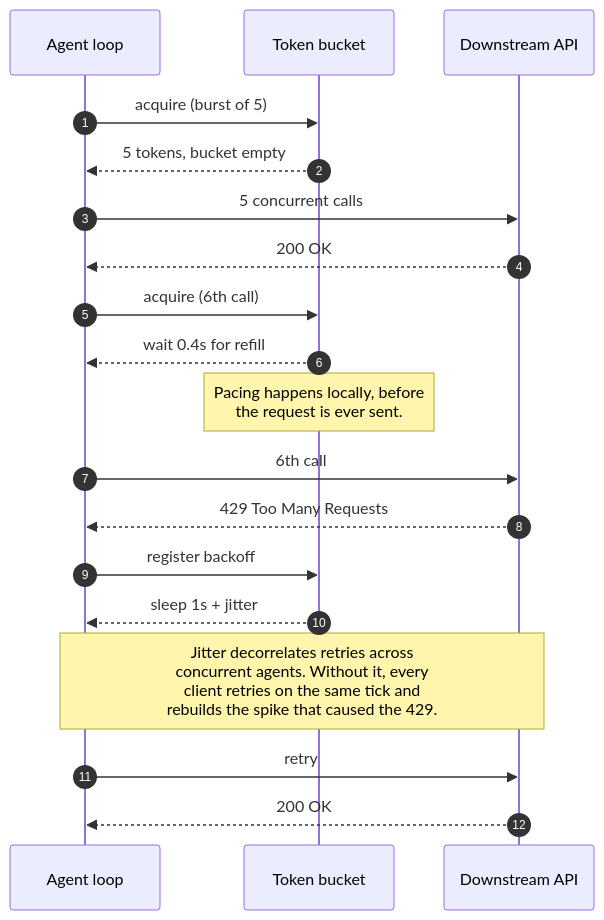
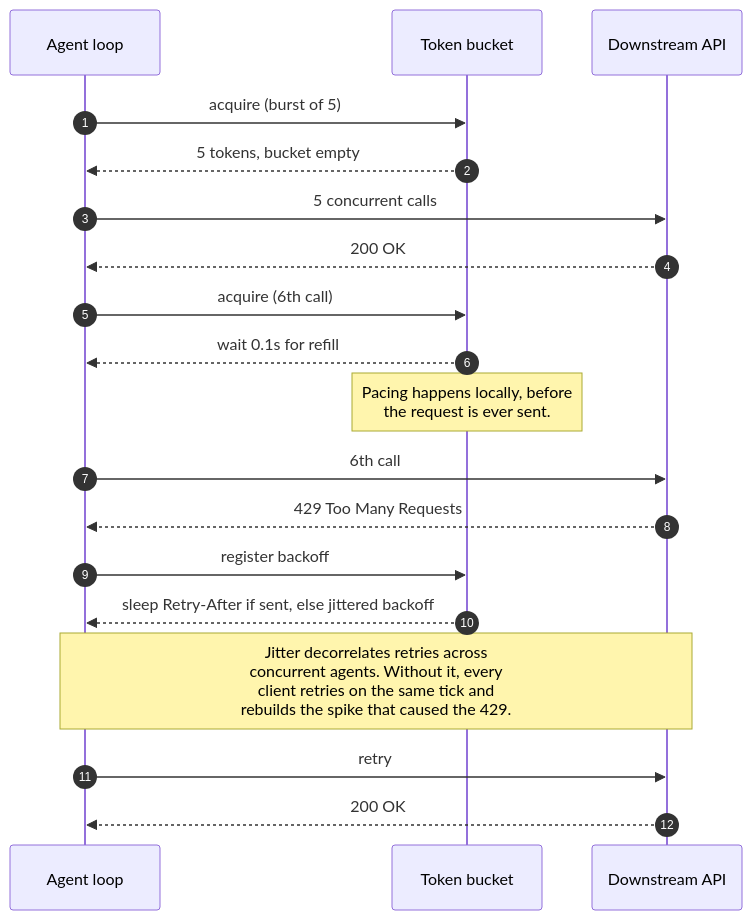
Before and after one commit to dan-petty/vibes: the diagram in examples/fastmcp-token-bucket-gateway/README.md, drawn with Mermaid. The commit also changed other lines of this file and 248 other files, not shown here.

````diff
--- a/examples/fastmcp-token-bucket-gateway/README.md
+++ b/examples/fastmcp-token-bucket-gateway/README.md
@@ -20,26 +20,26 @@
 ```mermaid
 sequenceDiagram
     autonumber
     participant A as Agent loop
     participant B as Token bucket
     participant API as Downstream API
 
     A->>B: acquire (burst of 5)
     B-->>A: 5 tokens, bucket empty
     A->>API: 5 concurrent calls
     API-->>A: 200 OK
 
     A->>B: acquire (6th call)
-    B-->>A: wait 0.4s for refill
+    B-->>A: wait 0.1s for refill
     Note over B: Pacing happens locally, before<br/>the request is ever sent.
 
     A->>API: 6th call
     API-->>A: 429 Too Many Requests
     A->>B: register backoff
-    B-->>A: sleep 1s + jitter
+    B-->>A: sleep Retry-After if sent, else jittered backoff
 
     Note over A,API: Jitter decorrelates retries across<br/>concurrent agents. Without it, every<br/>client retries on the same tick and<br/>rebuilds the spike that caused the 429.
 
     A->>API: retry
     API-->>A: 200 OK
 ```
````
